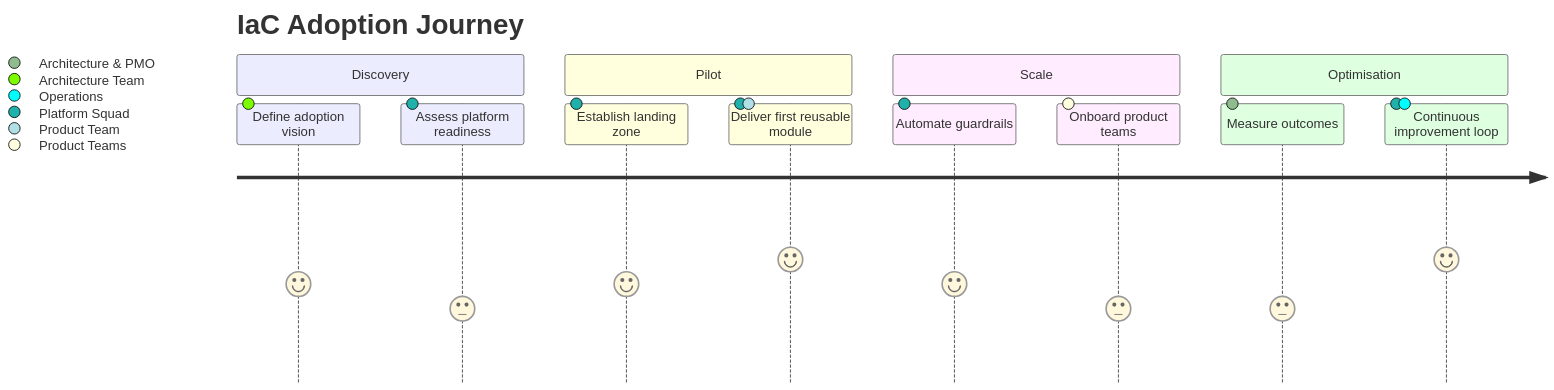
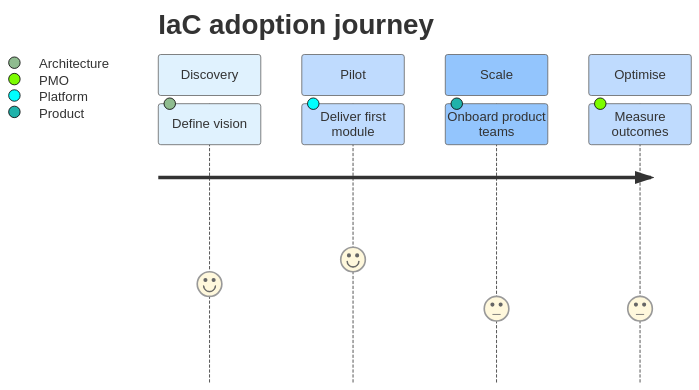
One commit to Geonitab/architecture_as_code changed the diagram in docs/images/diagram_13_user_journey.mmd. Above: the diagram before and after it, drawn with Mermaid. The commit also changed 56 other files, not shown here.

First line of the commit message:
Make Mermaid figures legible: fewer elements, narrower, one message each

```diff
--- a/docs/images/diagram_13_user_journey.mmd
+++ b/docs/images/diagram_13_user_journey.mmd
@@ -1,14 +1,11 @@
+%%{init: {'theme':'base','themeVariables':{'fontFamily':'Inter, sans-serif','fontSize':'16px','fillType0':'#E0F2FE','fillType1':'#BFDBFE','fillType2':'#93C5FD','fillType3':'#BFDBFE','fillType4':'#E0F2FE','cScale0':'#1E3A8A','cScale1':'#2563EB','cScale2':'#3B82F6','cScale3':'#93C5FD','cScaleLabel0':'#FFFFFF','cScaleLabel1':'#FFFFFF','cScaleLabel2':'#FFFFFF','cScaleLabel3':'#0F172A'},'journey':{'width':125,'diagramMarginX':10,'leftMargin':110}}}%%
 journey
-    title IaC Adoption Journey
+    title IaC adoption journey
     section Discovery
-      Define adoption vision: 4: Architecture Team
-      Assess platform readiness: 3: Platform Squad
+      Define vision: 4: Architecture
     section Pilot
-      Establish landing zone: 4: Platform Squad
-      Deliver first reusable module: 5: Platform Squad, Product Team
+      Deliver first module: 5: Platform
     section Scale
-      Automate guardrails: 4: Platform Squad
-      Onboard product teams: 3: Product Teams
-    section Optimisation
-      Measure outcomes: 3: Architecture & PMO
-      Continuous improvement loop: 5: Platform Squad, Operations
+      Onboard product teams: 3: Product
+    section Optimise
+      Measure outcomes: 3: PMO
```
